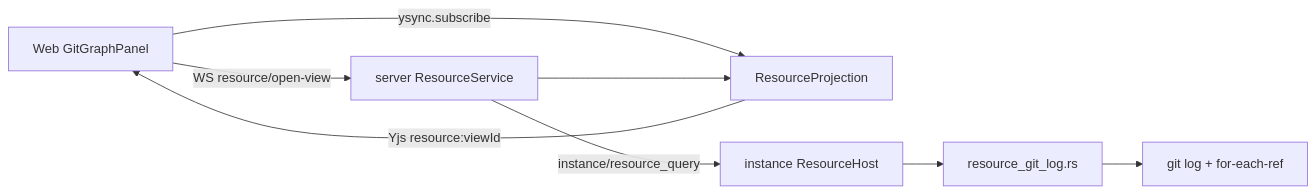
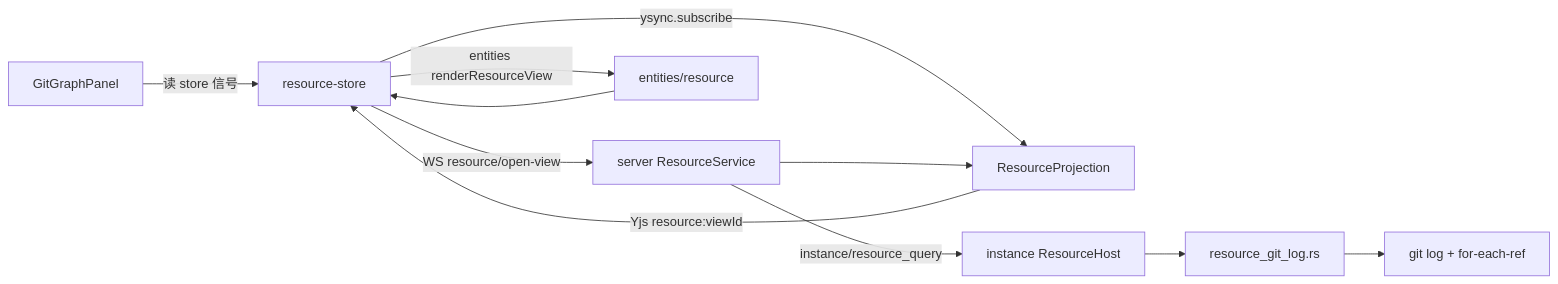
Before and after one commit to KonghaYao/peri-studio: the diagram in docs/design/git-graph-protocol.md, drawn with Mermaid. The commit also changed other lines of this file and 1 other file, not shown here.

First line of the commit message:
修订 Git Graph 协议文档至 v1.1，吸收对抗审查结论。

````diff
--- a/docs/design/git-graph-protocol.md
+++ b/docs/design/git-graph-protocol.md
@@ -23,10 +26,13 @@
 ```mermaid
 flowchart LR
-  W[Web GitGraphPanel] -->|WS resource/open-view| RS[server ResourceService]
-  W -->|ysync.subscribe| RP[ResourceProjection]
+  W[GitGraphPanel] -->|读 store 信号| Store[resource-store]
+  Store -->|WS resource/open-view| RS[server ResourceService]
+  Store -->|ysync.subscribe| RP[ResourceProjection]
   RS --> RP
   RS -->|instance/resource_query| RH[instance ResourceHost]
   RH --> Git[resource_git_log.rs]
   Git --> CLI[git log + for-each-ref]
-  RP -->|Yjs resource:viewId| W
+  RP -->|Yjs resource:viewId| Store
+  Store -->|entities renderResourceView| Ent[entities/resource]
+  Ent --> Store
 ```
````
